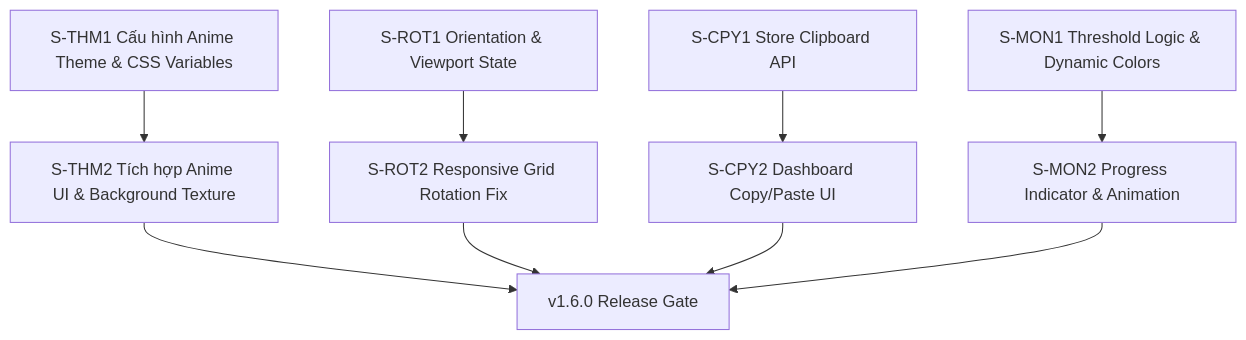
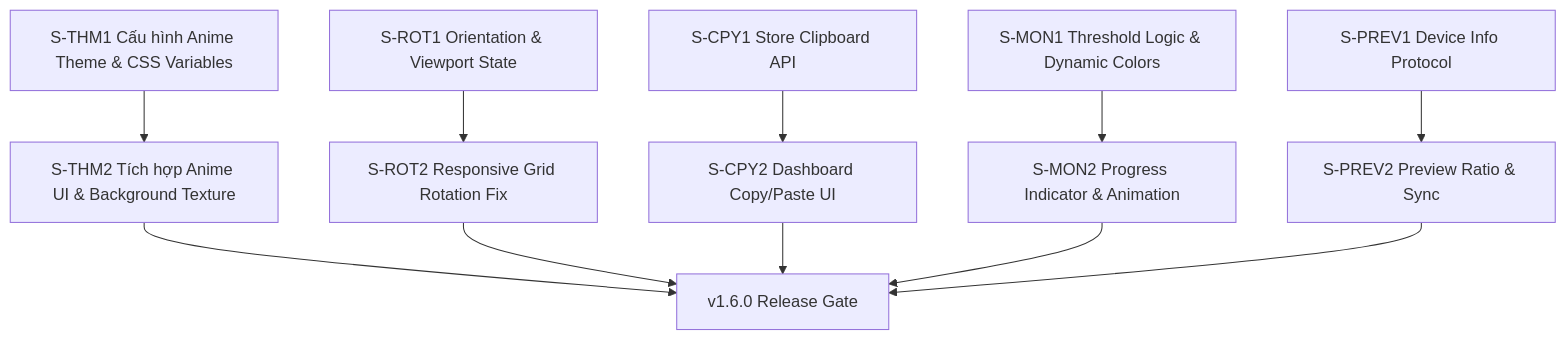
Before and after one commit to aniadev/android-stream-desk: the diagram in _bmad-output/planning-artifacts/breakdown-v1.6.0.md, drawn with Mermaid. The commit also changed other lines of this file and 2 other files, not shown here.

Commit message:
feat: add real-time client device detection and aspect ratio adjustment for Companion Preview

````diff
--- a/_bmad-output/planning-artifacts/breakdown-v1.6.0.md
+++ b/_bmad-output/planning-artifacts/breakdown-v1.6.0.md
@@ -274,12 +309,14 @@
 ```mermaid
 graph TD
     S_THM1[S-THM1 Cấu hình Anime Theme & CSS Variables] --> S_THM2[S-THM2 Tích hợp Anime UI & Background Texture]
     S_ROT1[S-ROT1 Orientation & Viewport State] --> S_ROT2[S-ROT2 Responsive Grid Rotation Fix]
     S_CPY1[S-CPY1 Store Clipboard API] --> S_CPY2[S-CPY2 Dashboard Copy/Paste UI]
     S_MON1[S-MON1 Threshold Logic & Dynamic Colors] --> S_MON2[S-MON2 Progress Indicator & Animation]
+    S_PREV1[S-PREV1 Device Info Protocol] --> S_PREV2[S-PREV2 Preview Ratio & Sync]
 
     S_THM2 --> S_RELEASE[v1.6.0 Release Gate]
     S_ROT2 --> S_RELEASE
     S_CPY2 --> S_RELEASE
     S_MON2 --> S_RELEASE
+    S_PREV2 --> S_RELEASE
 ```
````
